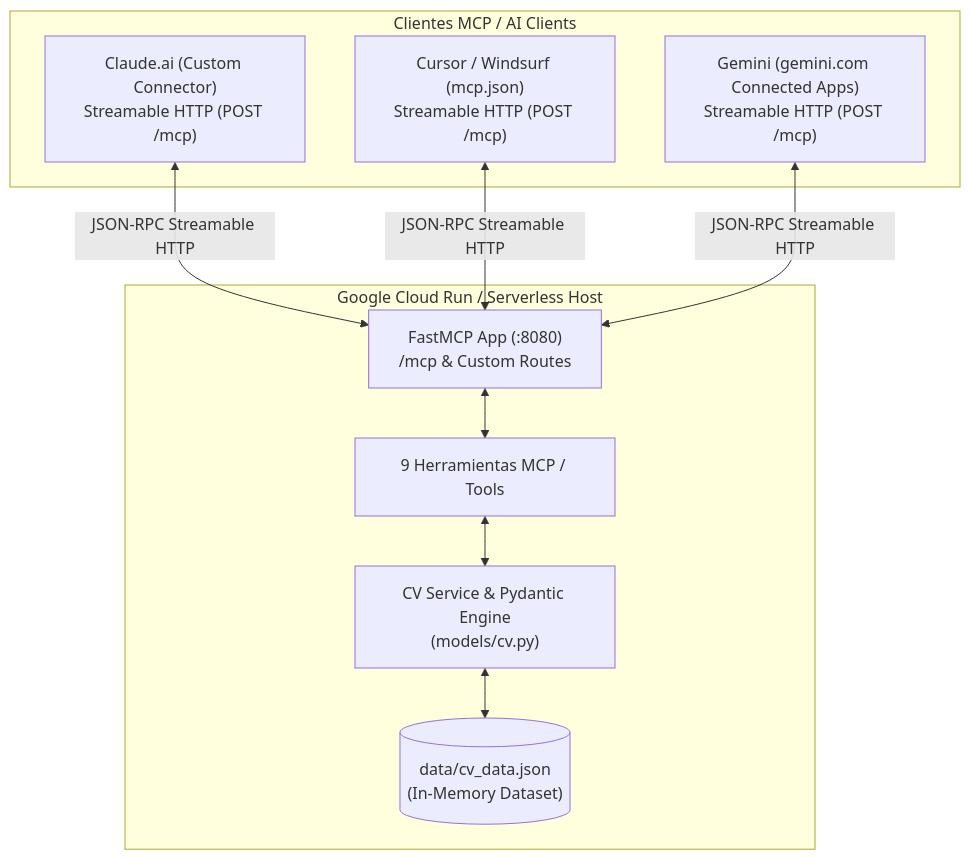
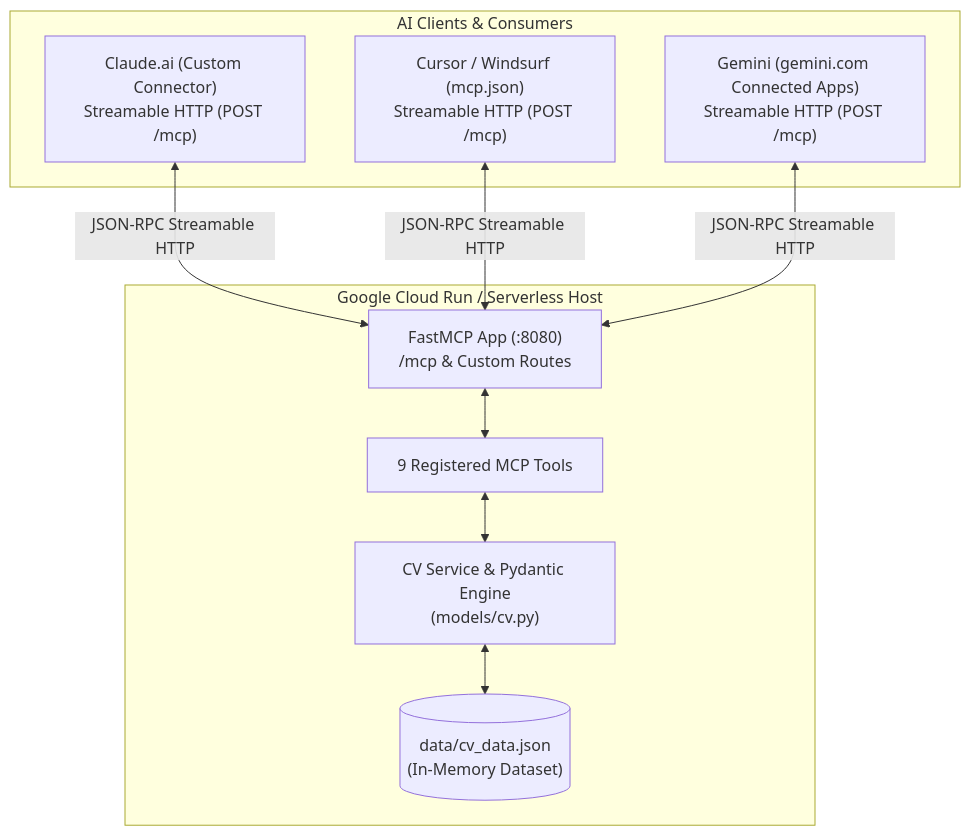
The diagram in README.md (AnaCataVC/anacatalina-mcp), drawn with Mermaid before and after one commit. The commit also changed other lines of this file and 1 other file, not shown here.

````diff
--- a/README.md
+++ b/README.md
@@ -55,22 +44,22 @@
 ```mermaid
 flowchart TD
-    subgraph ClientLayer["Clientes MCP / AI Clients"]
+    subgraph ClientLayer["AI Clients & Consumers"]
         A["Claude.ai (Custom Connector)<br/>Streamable HTTP (POST /mcp)"]
         B["Cursor / Windsurf (mcp.json)<br/>Streamable HTTP (POST /mcp)"]
         G["Gemini (gemini.com Connected Apps)<br/>Streamable HTTP (POST /mcp)"]
     end
 
     subgraph CloudLayer["Google Cloud Run / Serverless Host"]
         C["FastMCP App (:8080)<br/>/mcp & Custom Routes"]
-        D["9 Herramientas MCP / Tools"]
+        D["9 Registered MCP Tools"]
         E["CV Service & Pydantic Engine<br/>(models/cv.py)"]
         F[("data/cv_data.json<br/>(In-Memory Dataset)")]
     end
 
     A <-->|"JSON-RPC Streamable HTTP"| C
     B <-->|"JSON-RPC Streamable HTTP"| C
     G <-->|"JSON-RPC Streamable HTTP"| C
     C <--> D
     D <--> E
     E <--> F
 ```
````
